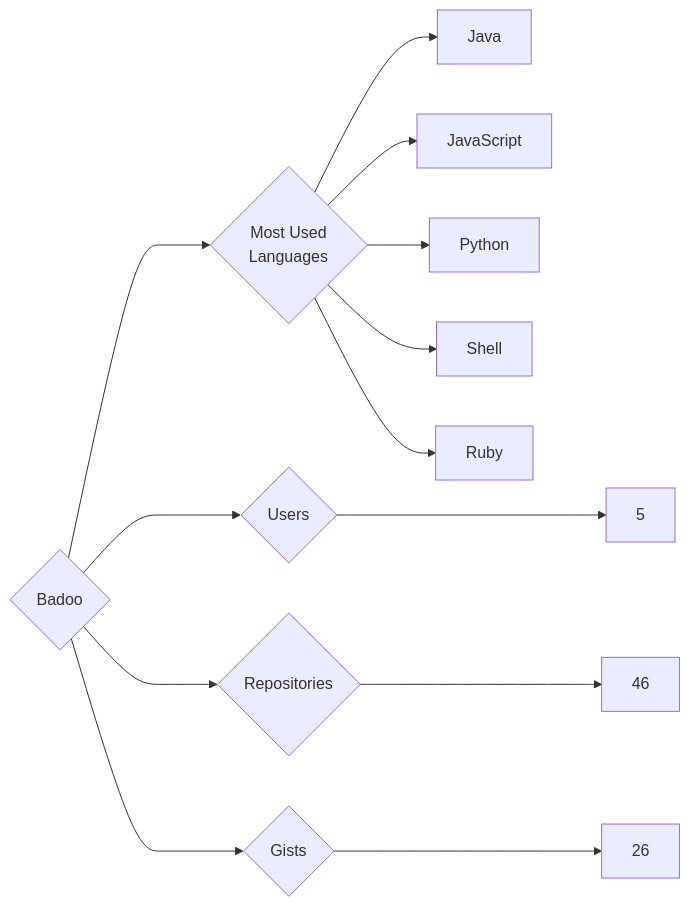
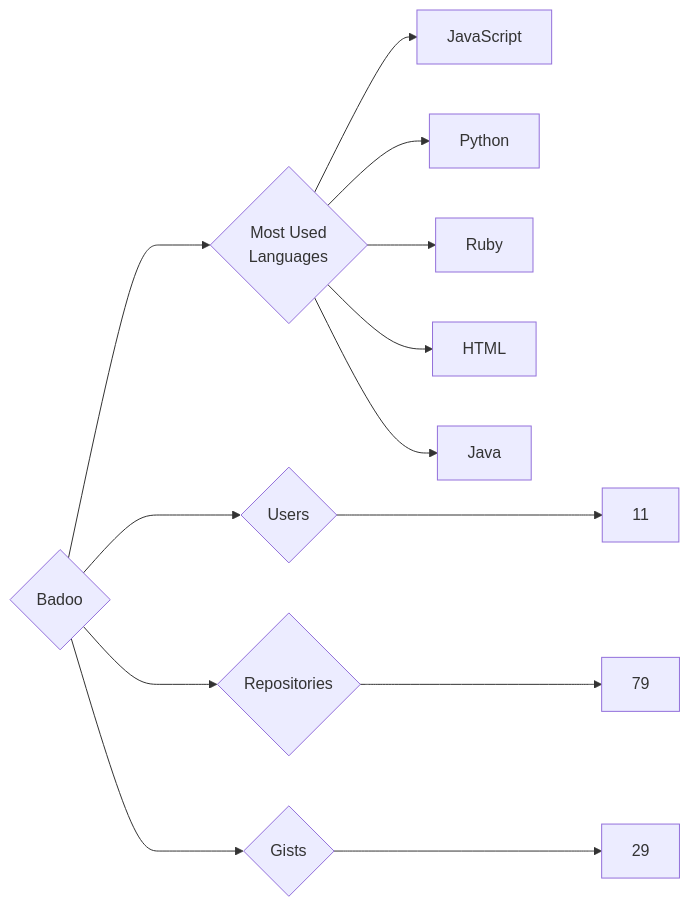
One commit to trickest/insiders changed the diagram in targets/Badoo/README.md. Above: the diagram before and after it, drawn with Mermaid. The commit also changed 1166 other files, not shown here.

````diff
--- a/targets/Badoo/README.md
+++ b/targets/Badoo/README.md
@@ -3,13 +3,13 @@
 ```mermaid
 graph LR
 COMPANY_NAME{Badoo}
-COMPANY_NAME ---> U{Users} ---> UN[5]
-COMPANY_NAME ---> R{Repositories} ---> RN[46]
-COMPANY_NAME ---> G{Gists} ---> GN[26]
+COMPANY_NAME ---> U{Users} ---> UN[11]
+COMPANY_NAME ---> R{Repositories} ---> RN[79]
+COMPANY_NAME ---> G{Gists} ---> GN[29]
 COMPANY_NAME ---> ML{Most Used<br>Languages}
-ML --> Java[Java]
 ML --> JavaScript[JavaScript]
 ML --> Python[Python]
-ML --> Shell[Shell]
 ML --> Ruby[Ruby]
+ML --> HTML[HTML]
+ML --> Java[Java]
 ```
````
